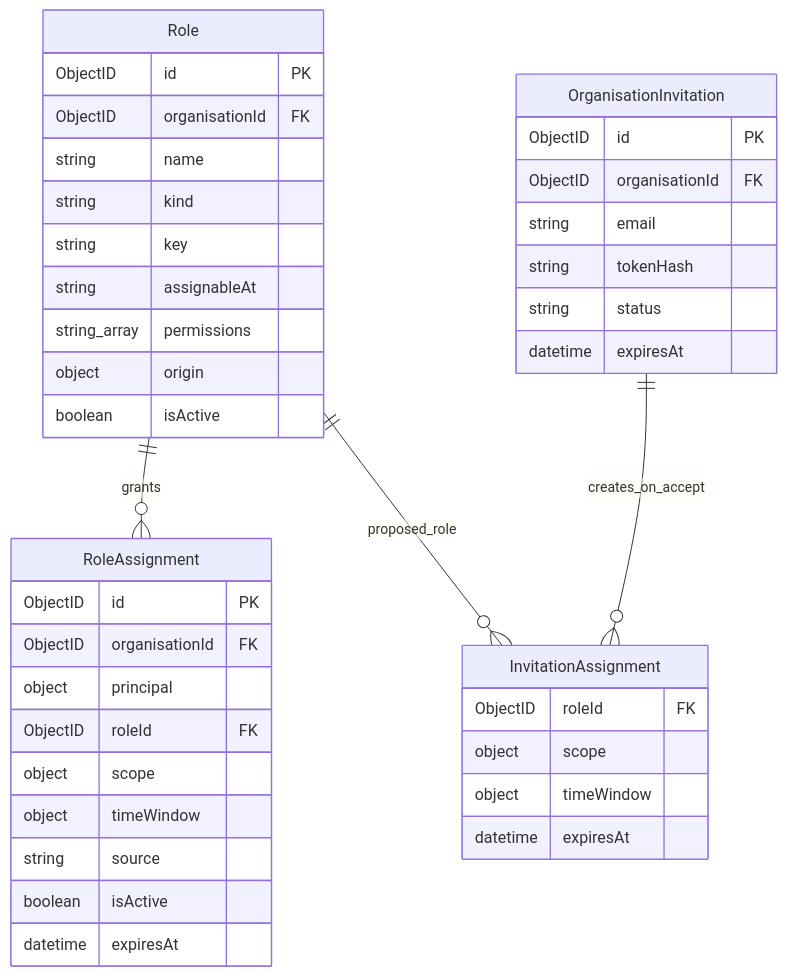
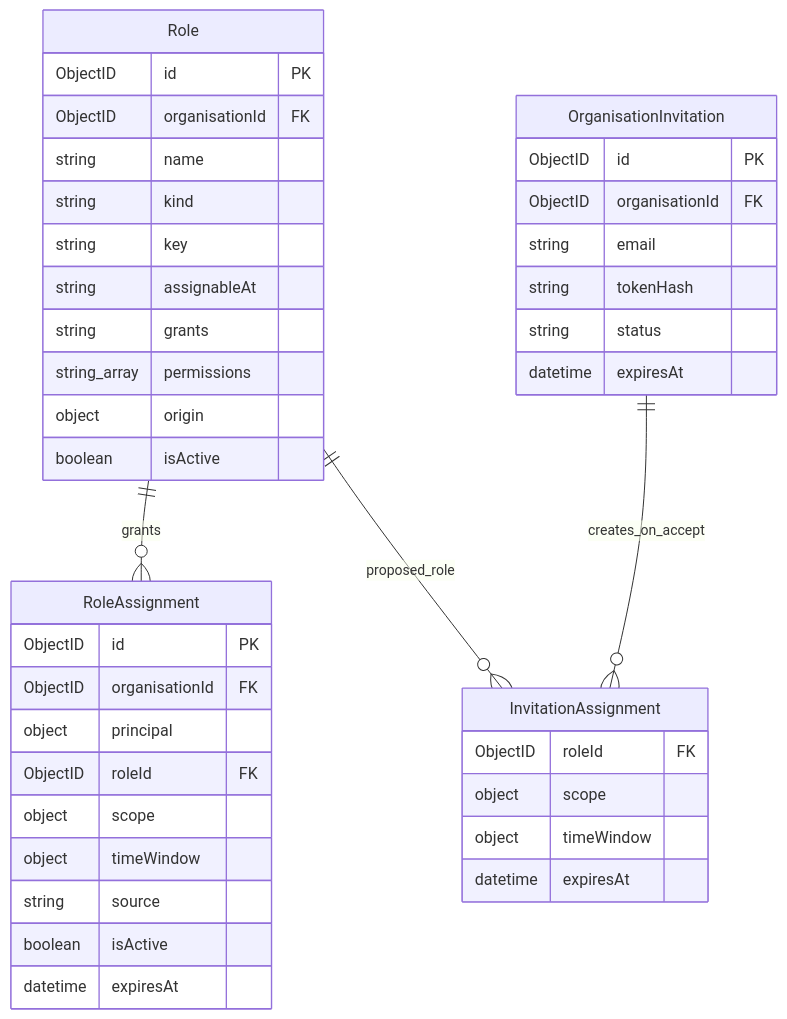
The third of 4 diagrams in app/content/docs/hub/organisations/index.md (uug-ai/learn), drawn with Mermaid before and after one commit. The commit also changed other lines of this file and 2 other files, not shown here.

First line of the commit message:
Document a role's explicit grants (all or selected) (#114)

````diff
--- a/app/content/docs/hub/organisations/index.md
+++ b/app/content/docs/hub/organisations/index.md
@@ -133,43 +133,44 @@
 ```mermaid
 erDiagram
     Role ||--o{ RoleAssignment : grants
     OrganisationInvitation ||--o{ InvitationAssignment : creates_on_accept
     Role ||--o{ InvitationAssignment : proposed_role
 
     Role {
         ObjectID id PK
         ObjectID organisationId FK
         string name
         string kind
         string key
         string assignableAt
+        string grants
         string_array permissions
         object origin
         boolean isActive
     }
     RoleAssignment {
         ObjectID id PK
         ObjectID organisationId FK
         object principal
         ObjectID roleId FK
         object scope
         object timeWindow
         string source
         boolean isActive
         datetime expiresAt
     }
     OrganisationInvitation {
         ObjectID id PK
         ObjectID organisationId FK
         string email
         string tokenHash
         string status
         datetime expiresAt
     }
     InvitationAssignment {
         ObjectID roleId FK
         object scope
         object timeWindow
         datetime expiresAt
     }
 ```
````
